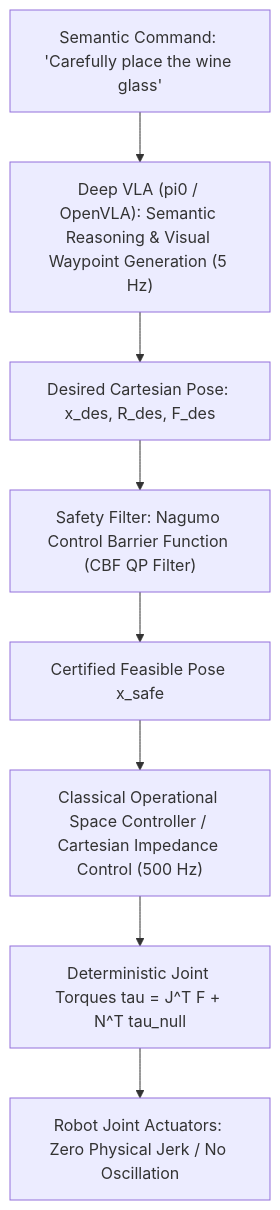
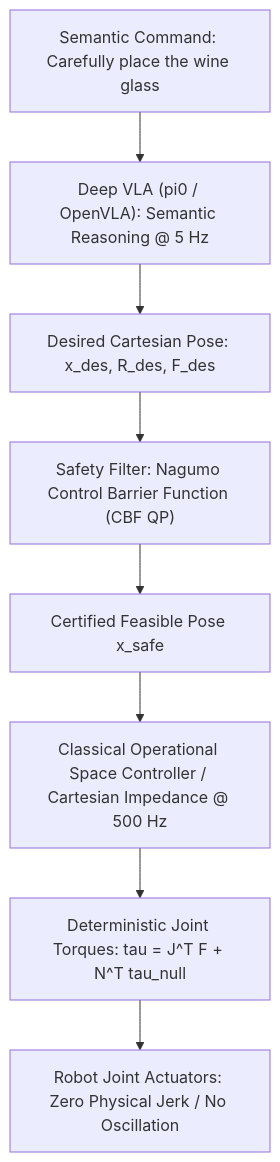
Before and after one commit to sergiomh499/cv-projects: the diagram in topics/vla-and-physical-ai-robotics/04-classical-and-hybrid-methods.md, drawn with Mermaid. The commit also changed other lines of this file and 51 other files, not shown here.

````diff
--- a/topics/vla-and-physical-ai-robotics/04-classical-and-hybrid-methods.md
+++ b/topics/vla-and-physical-ai-robotics/04-classical-and-hybrid-methods.md
@@ -26,11 +26,10 @@
 ```mermaid
 flowchart TD
-    UserPrompt["Semantic Command: 'Carefully place the wine glass'"] --> VLA["Deep VLA (pi0 / OpenVLA): Semantic Reasoning & Visual Waypoint Generation (5 Hz)"]
+    UserPrompt["Semantic Command: Carefully place the wine glass"] --> VLA["Deep VLA (pi0 / OpenVLA): Semantic Reasoning @ 5 Hz"]
     VLA --> DesiredPose["Desired Cartesian Pose: x_des, R_des, F_des"]
-    DesiredPose --> SafetyGate["Safety Filter: Nagumo Control Barrier Function (CBF QP Filter)"]
+    DesiredPose --> SafetyGate["Safety Filter: Nagumo Control Barrier Function (CBF QP)"]
     SafetyGate --> CertifiedPose["Certified Feasible Pose x_safe"]
-    CertifiedPose --> OSC["Classical Operational Space Controller / Cartesian Impedance Control (500 Hz)"]
-    OSC --> Torque["Deterministic Joint Torques tau = J^T F + N^T tau_null"]
+    CertifiedPose --> OSC["Classical Operational Space Controller / Cartesian Impedance @ 500 Hz"]
+    OSC --> Torque["Deterministic Joint Torques: tau = J^T F + N^T tau_null"]
     Torque --> Motors["Robot Joint Actuators: Zero Physical Jerk / No Oscillation"]
-
 ```
````
